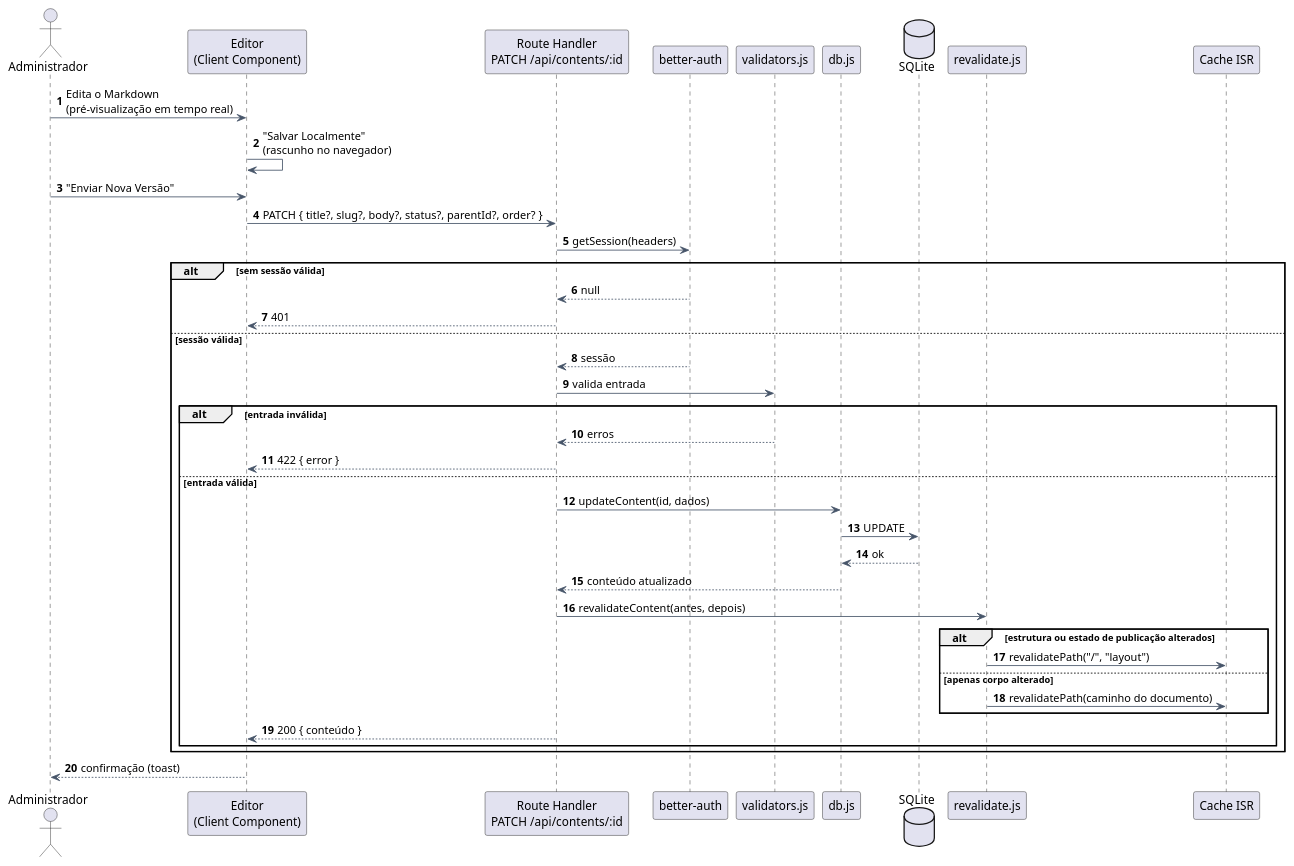
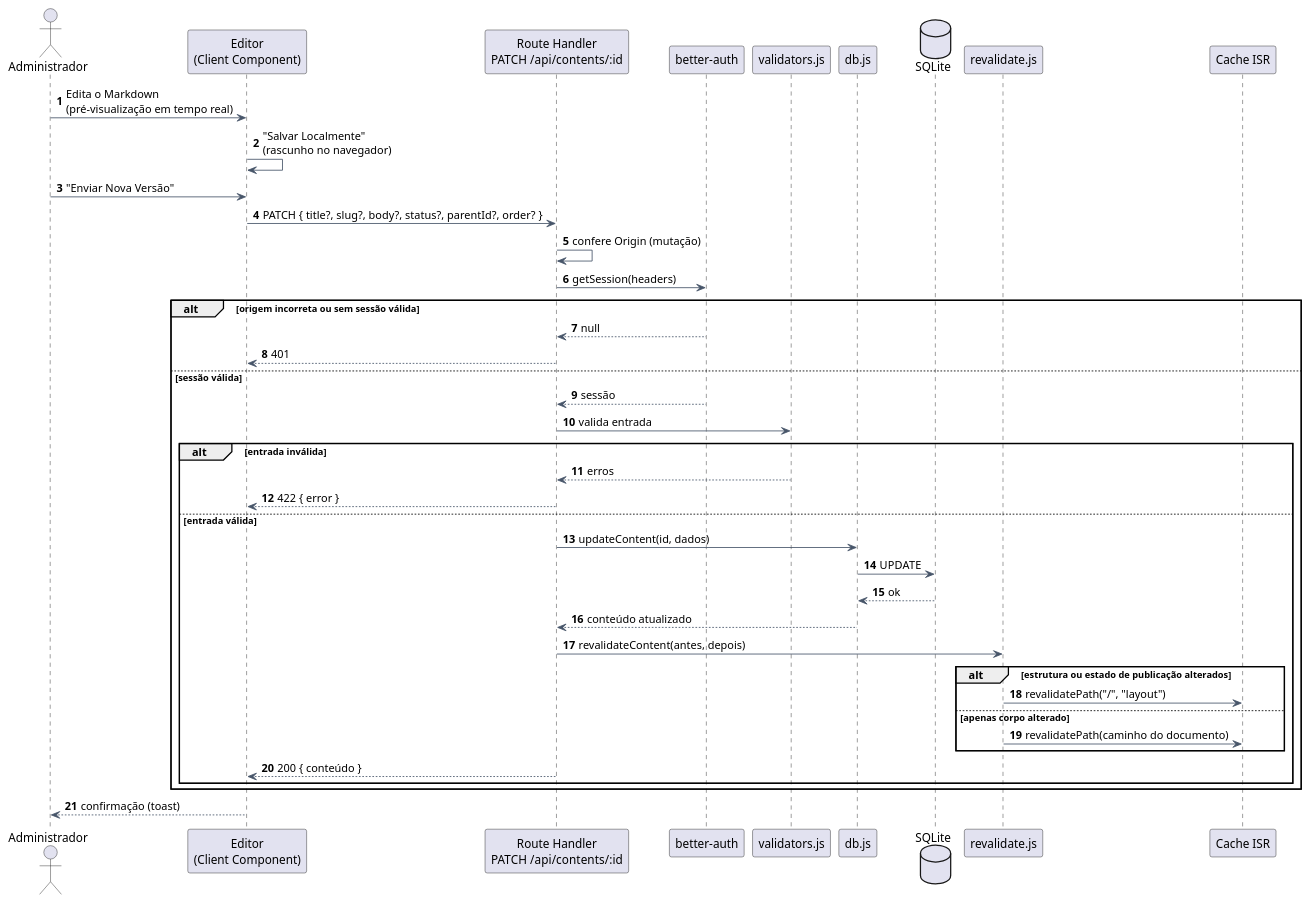
One commit to fromcaio/vitrine changed the diagram in doc/diagrams/src/seq-publicacao-conteudo.puml. Above: the diagram before and after it, drawn with PlantUML. The commit also changed 13 other files, not shown here.

```diff
--- a/doc/diagrams/src/seq-publicacao-conteudo.puml
+++ b/doc/diagrams/src/seq-publicacao-conteudo.puml
@@ -1,54 +1,55 @@
 @startuml seq-publicacao-conteudo
 ' ===========================================================================
 ' Vitrine - Sequência: edição e publicação de um documento
 ' Figura: fig:seq-publicacao-conteudo (doc/tex/capitulos/cap5_arquitetura.tex)
 ' Regra de revalidação: só o corpo mudou => revalida a página; estrutura mudou
 ' (título, slug, pai, ordem ou estado DRAFT/PUBLISHED) => revalida o layout raiz
 ' (árvore na sidebar).
 ' ===========================================================================
 skinparam shadowing false
 skinparam defaultFontName Arial
 skinparam ArrowColor #475569
 skinparam sequenceMessageAlign left
 autonumber
 
 actor "Administrador" as Admin
 participant "Editor\n(Client Component)" as Ed
 participant "Route Handler\nPATCH /api/contents/:id" as Api
 participant "better-auth" as Auth
 participant "validators.js" as Val
 participant "db.js" as DB
 database "SQLite" as Sql
 participant "revalidate.js" as Rev
 participant "Cache ISR" as Cache
 
 Admin -> Ed : Edita o Markdown\n(pré-visualização em tempo real)
 Ed -> Ed : "Salvar Localmente"\n(rascunho no navegador)
 Admin -> Ed : "Enviar Nova Versão"
 Ed -> Api : PATCH { title?, slug?, body?, status?, parentId?, order? }
+Api -> Api : confere Origin (mutação)
 Api -> Auth : getSession(headers)
-alt sem sessão válida
+alt origem incorreta ou sem sessão válida
   Auth --> Api : null
   Api --> Ed : 401
 else sessão válida
   Auth --> Api : sessão
   Api -> Val : valida entrada
   alt entrada inválida
     Val --> Api : erros
     Api --> Ed : 422 { error }
   else entrada válida
     Api -> DB : updateContent(id, dados)
     DB -> Sql : UPDATE
     Sql --> DB : ok
     DB --> Api : conteúdo atualizado
     Api -> Rev : revalidateContent(antes, depois)
     alt estrutura ou estado de publicação alterados
       Rev -> Cache : revalidatePath("/", "layout")
     else apenas corpo alterado
       Rev -> Cache : revalidatePath(caminho do documento)
     end
     Api --> Ed : 200 { conteúdo }
   end
 end
 Ed --> Admin : confirmação (toast)
 @enduml
```
